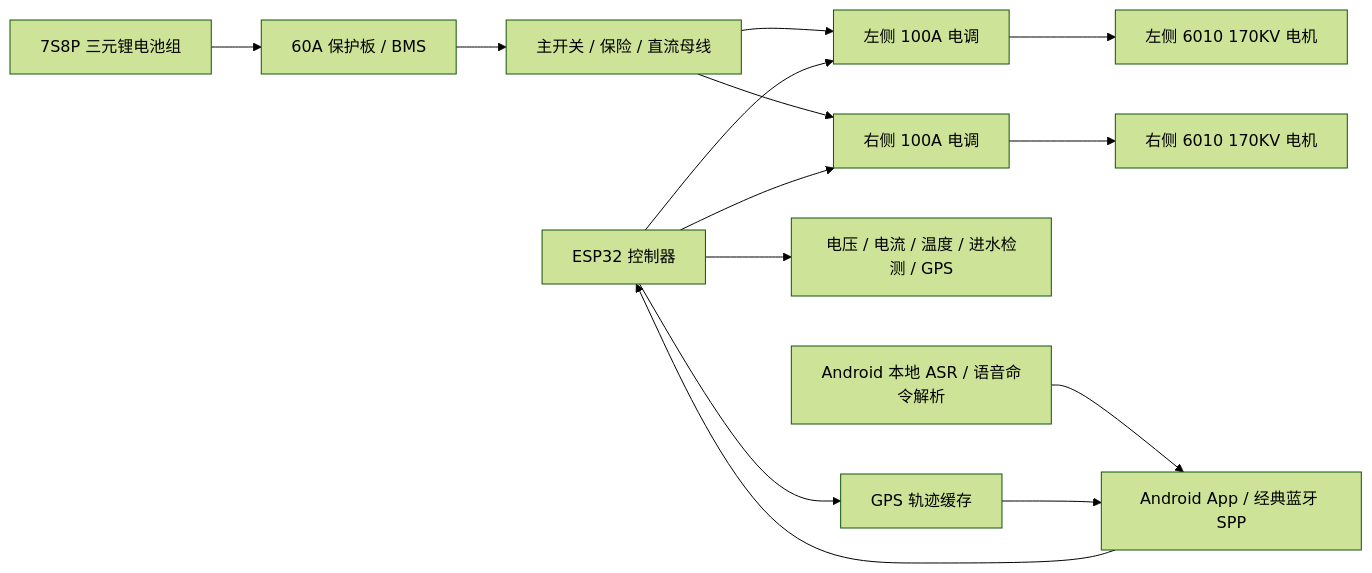
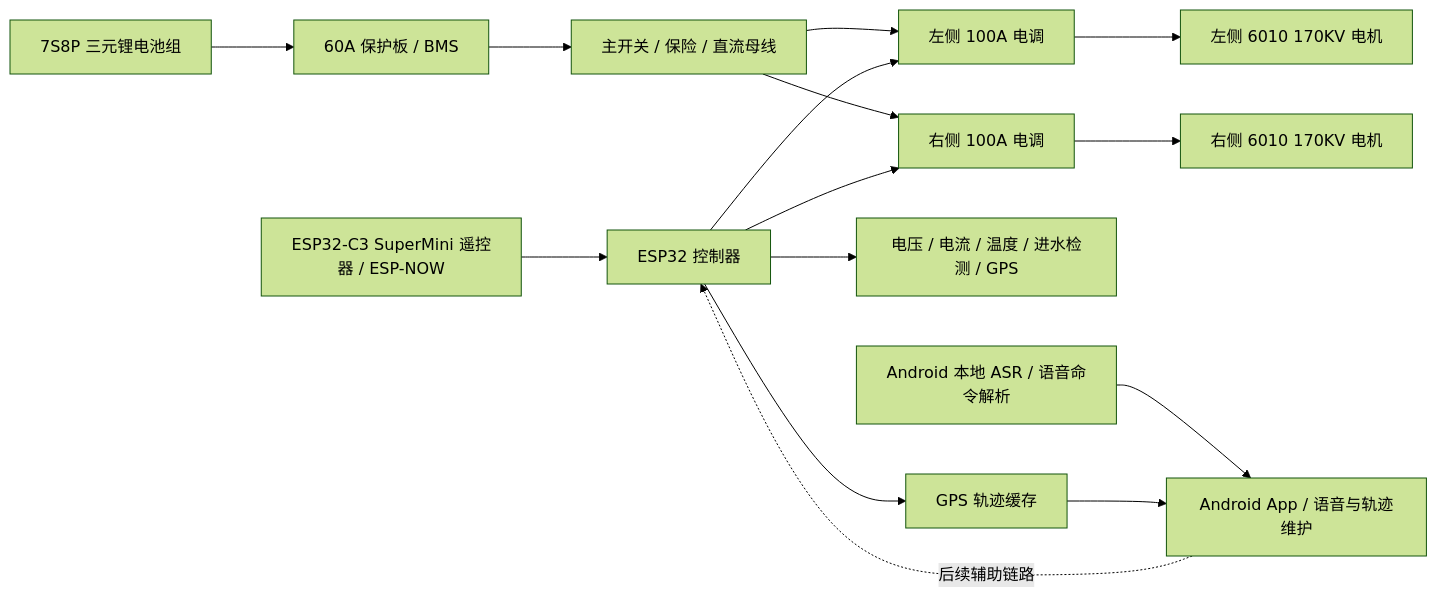
One commit to mosanwan/smart_sup changed the diagram in docs/system_overview.md. Above: the diagram before and after it, drawn with Mermaid (forest theme). The commit also changed other lines of this file and 26 other files, not shown here.

````diff
--- a/docs/system_overview.md
+++ b/docs/system_overview.md
@@ -9,16 +9,17 @@
 ```mermaid
 flowchart LR
     Battery["7S8P 三元锂电池组"] --> BMS["60A 保护板 / BMS"]
     BMS --> Power["主开关 / 保险 / 直流母线"]
     Power --> ESC_L["左侧 100A 电调"]
     Power --> ESC_R["右侧 100A 电调"]
     ESC_L --> Motor_L["左侧 6010 170KV 电机"]
     ESC_R --> Motor_R["右侧 6010 170KV 电机"]
     Controller["ESP32 控制器"] --> ESC_L
     Controller --> ESC_R
     Controller --> Sensors["电压 / 电流 / 温度 / 进水检测 / GPS"]
-    Voice["Android 本地 ASR / 语音命令解析"] --> Remote["Android App / 经典蓝牙 SPP"]
-    Remote --> Controller
+    Remote["ESP32-C3 SuperMini 遥控器 / ESP-NOW"] --> Controller
+    Voice["Android 本地 ASR / 语音命令解析"] --> Android["Android App / 语音与轨迹维护"]
+    Android -. "后续辅助链路" .-> Controller
     Controller --> TrackLog["GPS 轨迹缓存"]
-    TrackLog --> Remote
+    TrackLog --> Android
 ```
````
